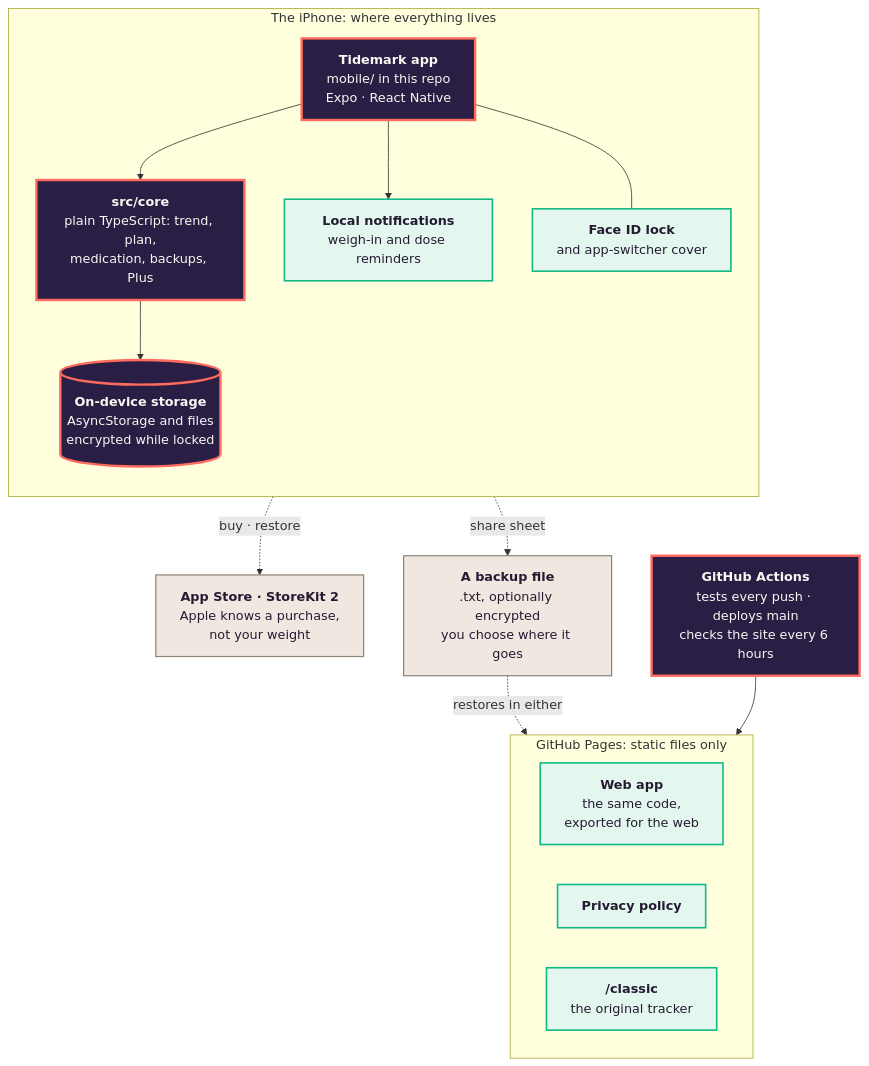
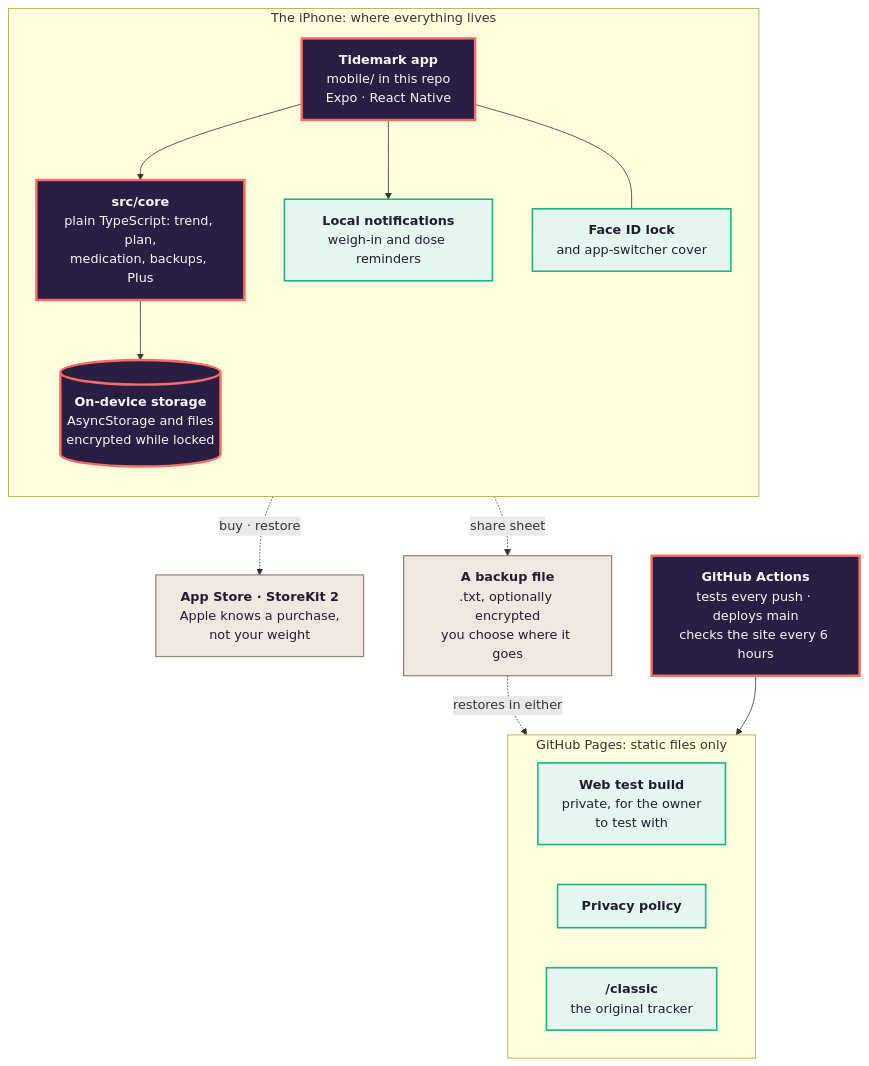
One commit to yameenbux/Tracker changed the diagram in assets/diagrams/04-architecture.mmd. Above: the diagram before and after it, drawn with Mermaid. The commit also changed 10 other files, not shown here.

```diff
--- a/assets/diagrams/04-architecture.mmd
+++ b/assets/diagrams/04-architecture.mmd
@@ -1,37 +1,37 @@
 flowchart TB
     subgraph PHONE["The iPhone: where everything lives"]
         direction TB
         UI["<b>Tidemark app</b><br/>mobile/ in this repo<br/>Expo · React Native"]
         CORE["<b>src/core</b><br/>plain TypeScript: trend, plan,<br/>medication, backups, Plus"]
         STORE[("<b>On-device storage</b><br/>AsyncStorage and files<br/>encrypted while locked")]
         NOTE["<b>Local notifications</b><br/>weigh-in and dose reminders"]
         LOCK["<b>Face ID lock</b><br/>and app-switcher cover"]
     end
 
     UI --> CORE --> STORE
     UI --> NOTE
     UI --- LOCK
 
     APPLE["<b>App Store · StoreKit 2</b><br/>Apple knows a purchase,<br/>not your weight"]
     UI -.->|"buy · restore"| APPLE
 
     FILE["<b>A backup file</b><br/>.txt, optionally encrypted<br/>you choose where it goes"]
     STORE -.->|"share sheet"| FILE
 
     GHA["<b>GitHub Actions</b><br/>tests every push · deploys main<br/>checks the site every 6 hours"]
     subgraph WEB["GitHub Pages: static files only"]
         direction LR
-        WAPP["<b>Web app</b><br/>the same code,<br/>exported for the web"]
+        WAPP["<b>Web test build</b><br/>private, for the owner<br/>to test with"]
         PRIV["<b>Privacy policy</b>"]
         CLASSIC["<b>/classic</b><br/>the original tracker"]
     end
     GHA --> WEB
     FILE -.->|"restores in either"| WAPP
 
     classDef core fill:#2A1E45,stroke:#FF6B5E,stroke-width:3px,color:#FBF7F3
     classDef live fill:#E4F7EF,stroke:#12B886,stroke-width:2px,color:#241B33
     classDef dev fill:#FFF3D8,stroke:#D9701F,stroke-width:2px,stroke-dasharray:6 4,color:#241B33
     classDef ext fill:#F0E8E0,stroke:#8F8276,stroke-width:1.5px,color:#241B33
     class UI,CORE,STORE,GHA core
     class NOTE,LOCK,WAPP,PRIV,CLASSIC live
     class APPLE,FILE ext
```
